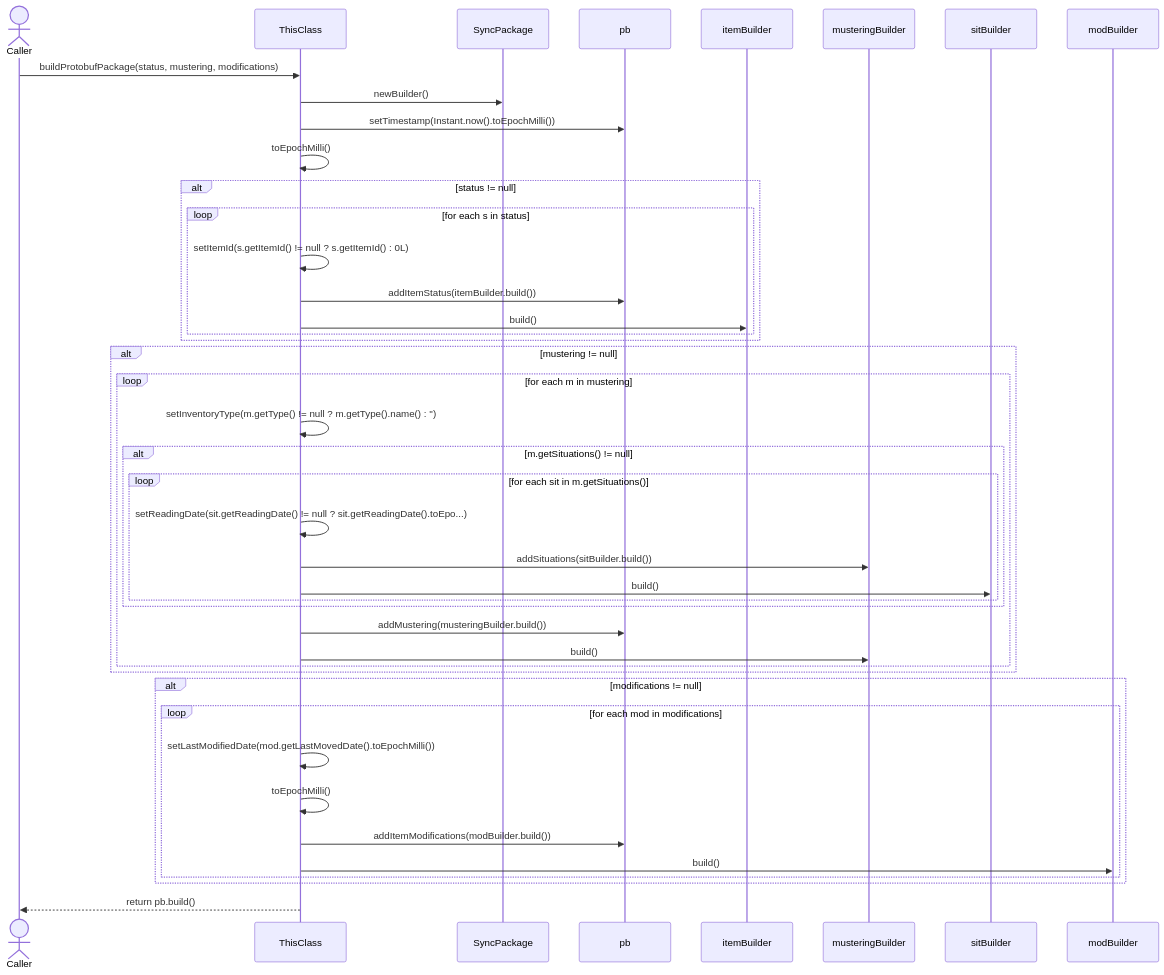
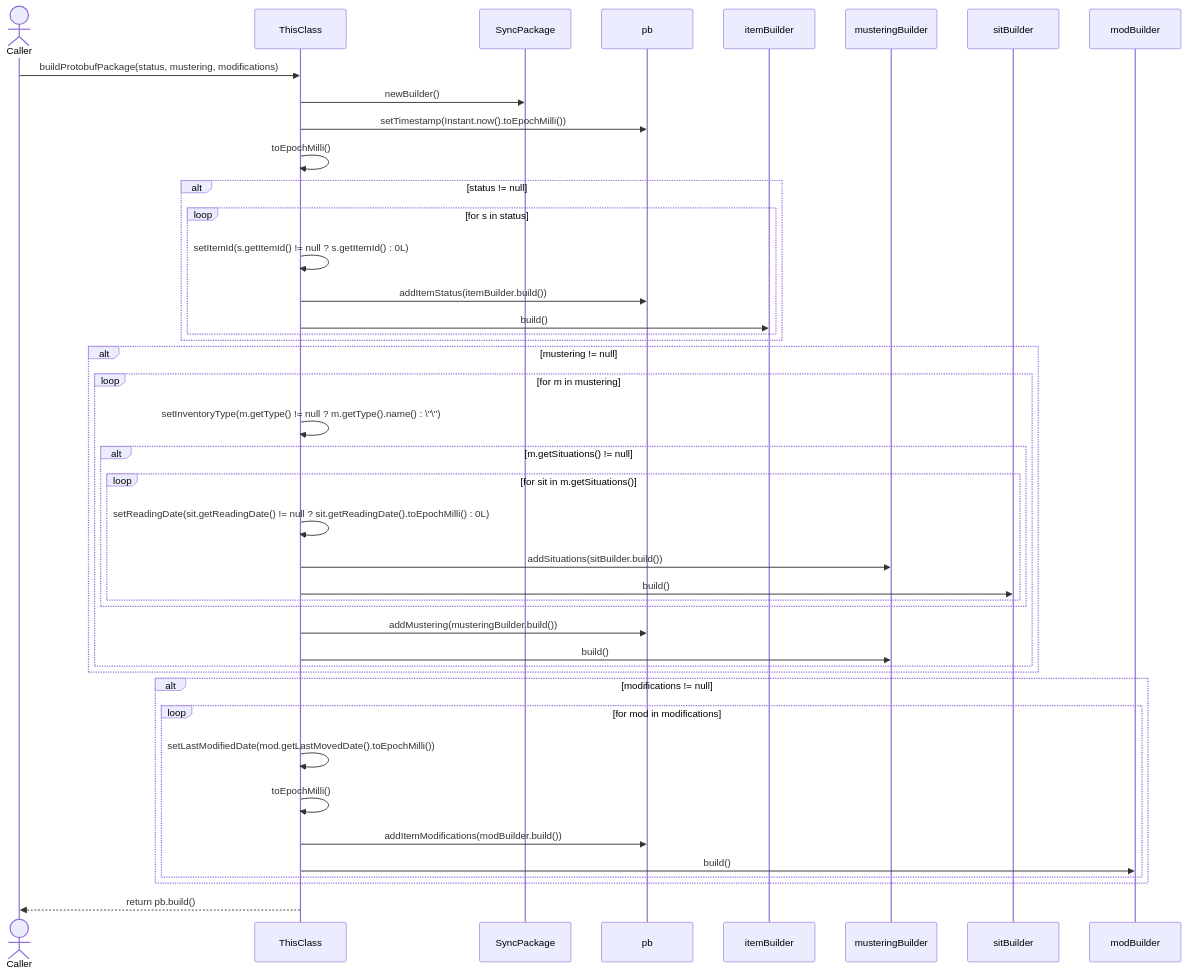
Diagram 13 of 16 in docs/CloudSyncUploadService.md (FelipeMCassiano/geanky), drawn with Mermaid before and after one commit. The commit also changed other lines of this file and 6 other files, not shown here.

````diff
--- a/docs/CloudSyncUploadService.md
+++ b/docs/CloudSyncUploadService.md
@@ -941,47 +941,47 @@
 ```mermaid
 sequenceDiagram
     actor Caller
     participant ThisClass
     participant SyncPackage
     participant pb
     participant itemBuilder
     participant musteringBuilder
     participant sitBuilder
     participant modBuilder
 
     Caller->>ThisClass: buildProtobufPackage(status, mustering, modifications)
     ThisClass->>SyncPackage: newBuilder()
     ThisClass->>pb: setTimestamp(Instant.now().toEpochMilli())
     ThisClass->>ThisClass: toEpochMilli()
     alt status != null
-    loop for each s in status
+    loop for s in status
     ThisClass->>ThisClass: setItemId(s.getItemId() != null ? s.getItemId() : 0L)
     ThisClass->>pb: addItemStatus(itemBuilder.build())
     ThisClass->>itemBuilder: build()
     end
     end
     alt mustering != null
-    loop for each m in mustering
-    ThisClass->>ThisClass: setInventoryType(m.getType() != null ? m.getType().name() : '')
+    loop for m in mustering
+    ThisClass->>ThisClass: setInventoryType(m.getType() != null ? m.getType().name() : \"\")
     alt m.getSituations() != null
-    loop for each sit in m.getSituations()
-    ThisClass->>ThisClass: setReadingDate(sit.getReadingDate() != null ? sit.getReadingDate().toEpo...)
+    loop for sit in m.getSituations()
+    ThisClass->>ThisClass: setReadingDate(sit.getReadingDate() != null ? sit.getReadingDate().toEpochMilli() : 0L)
     ThisClass->>musteringBuilder: addSituations(sitBuilder.build())
     ThisClass->>sitBuilder: build()
     end
     end
     ThisClass->>pb: addMustering(musteringBuilder.build())
     ThisClass->>musteringBuilder: build()
     end
     end
     alt modifications != null
-    loop for each mod in modifications
+    loop for mod in modifications
     ThisClass->>ThisClass: setLastModifiedDate(mod.getLastMovedDate().toEpochMilli())
     ThisClass->>ThisClass: toEpochMilli()
     ThisClass->>pb: addItemModifications(modBuilder.build())
     ThisClass->>modBuilder: build()
     end
     end
     ThisClass-->>Caller: return pb.build()
 
 ```
````
